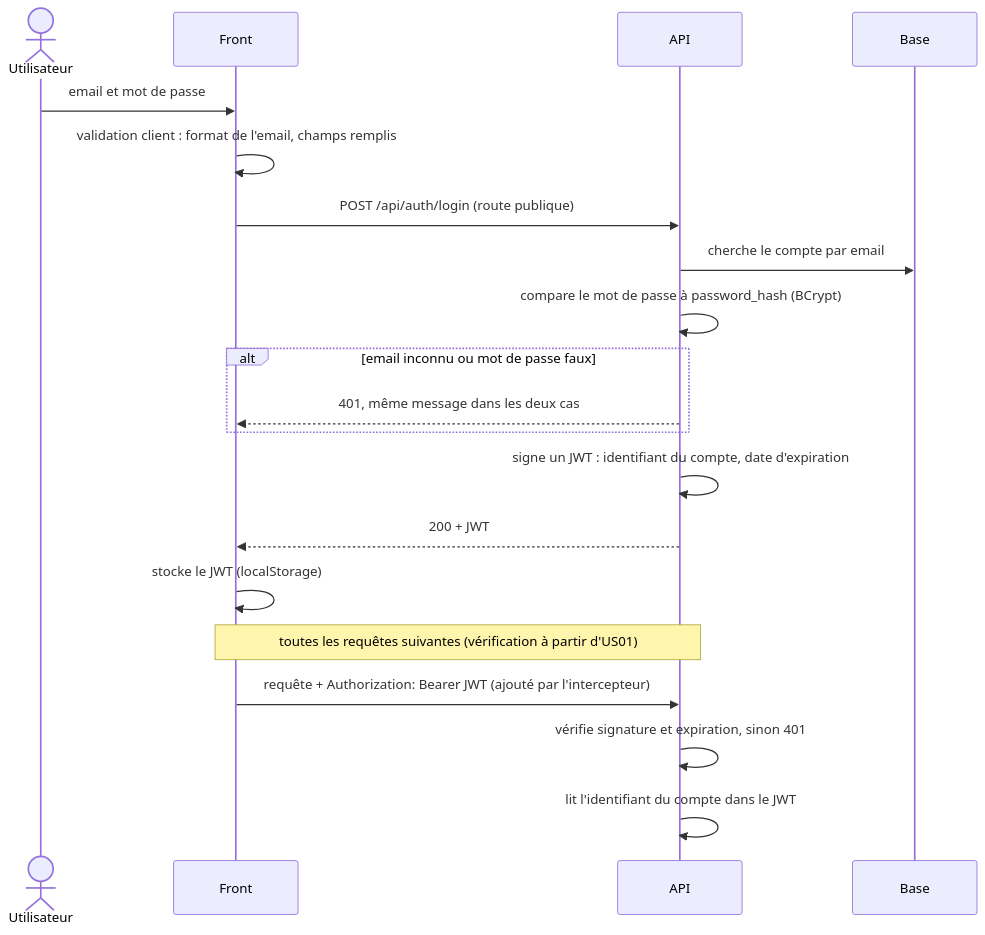
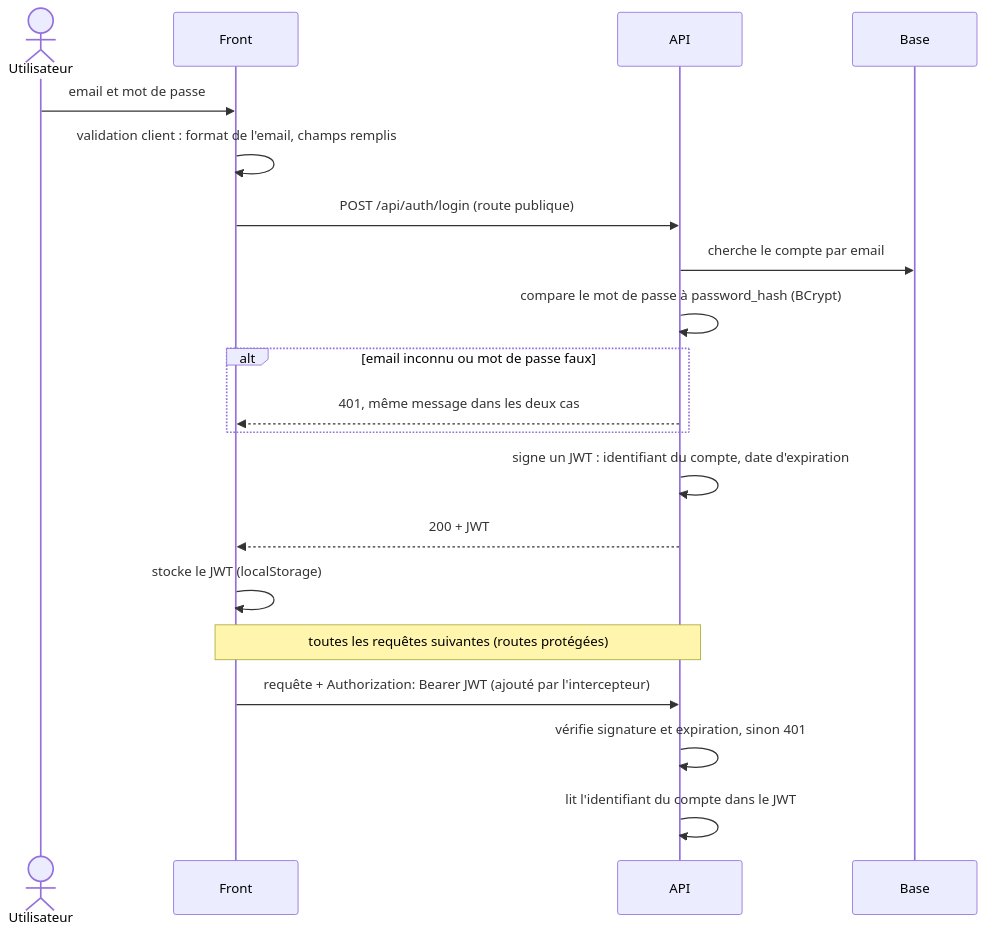
One commit to younesyousfipro/data-share changed the third of 6 diagrams in docs/conception/architecture.md. Above: the diagram before and after it, drawn with Mermaid. The commit also changed other lines of this file and 7 other files, not shown here.

````diff
--- a/docs/conception/architecture.md
+++ b/docs/conception/architecture.md
@@ -244,24 +293,24 @@
 ```mermaid
 sequenceDiagram
   actor U as Utilisateur
   participant F as Front
   participant A as API
   participant B as Base
 
   U->>F: email et mot de passe
   F->>F: validation client : format de l'email, champs remplis
   F->>A: POST /api/auth/login (route publique)
   A->>B: cherche le compte par email
   A->>A: compare le mot de passe à password_hash (BCrypt)
   alt email inconnu ou mot de passe faux
     A-->>F: 401, même message dans les deux cas
   end
   A->>A: signe un JWT : identifiant du compte, date d'expiration
   A-->>F: 200 + JWT
   F->>F: stocke le JWT (localStorage)
 
-  Note over F,A: toutes les requêtes suivantes (vérification à partir d'US01)
+  Note over F,A: toutes les requêtes suivantes (routes protégées)
   F->>A: requête + Authorization: Bearer JWT (ajouté par l'intercepteur)
   A->>A: vérifie signature et expiration, sinon 401
   A->>A: lit l'identifiant du compte dans le JWT
 ```
````
